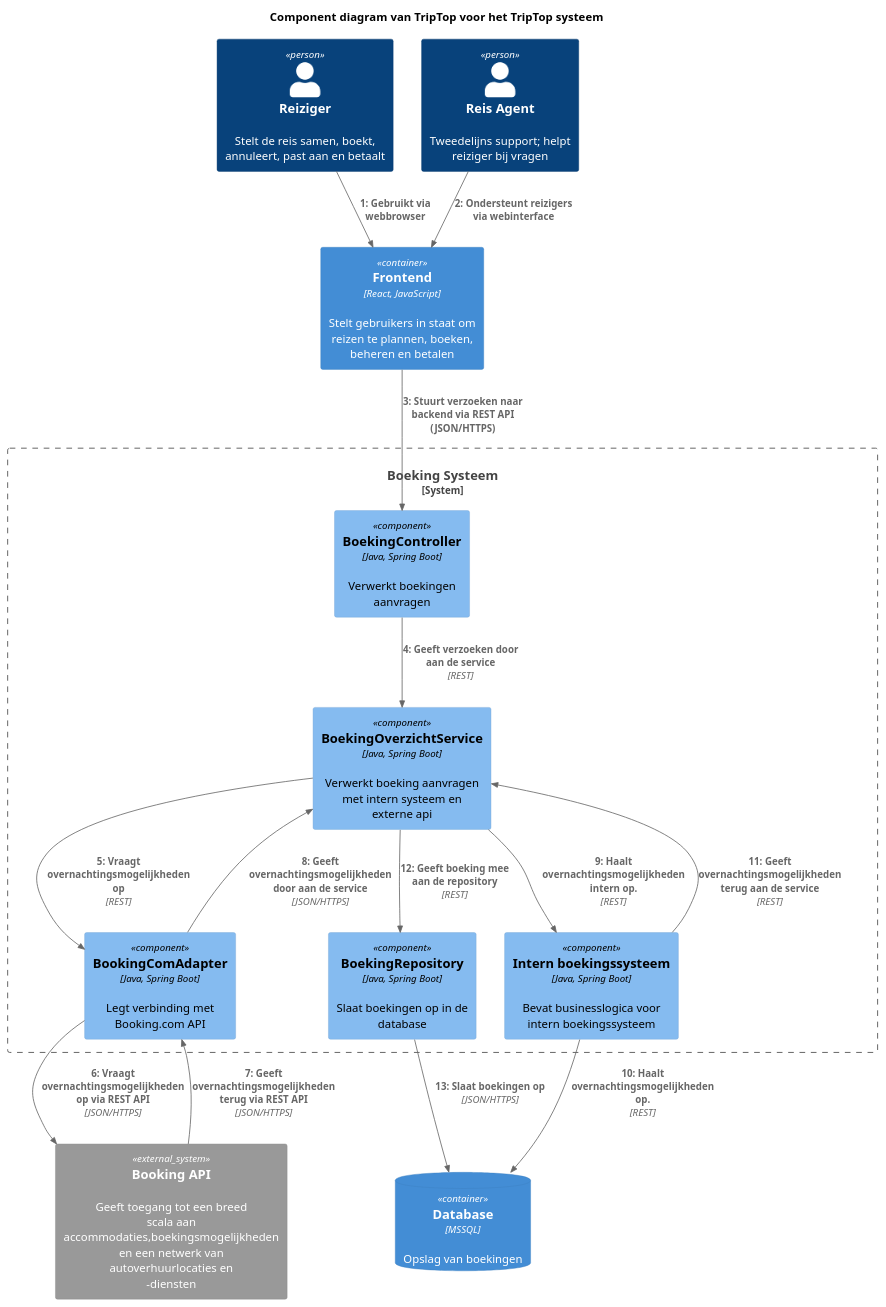
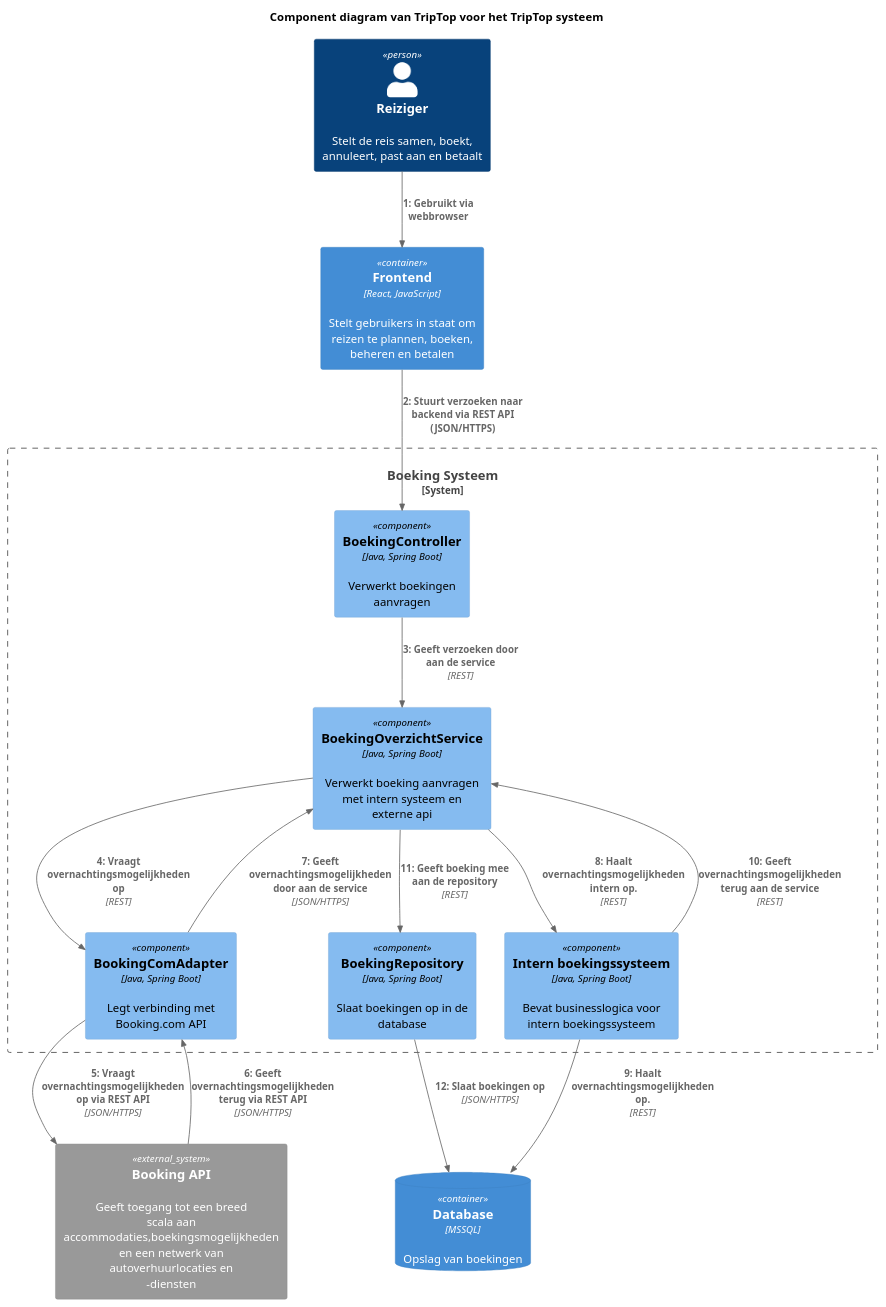
Before and after one commit to AIM-ENE-feb25/triptop-asas: the diagram in software-guidebook/component-code/sybren/dynamic-component-2.puml, drawn with PlantUML. The commit also changed 4 other files, not shown here.

Commit message:
Added personal diagrams to software guidebook

```diff
--- a/software-guidebook/component-code/sybren/dynamic-component-2.puml
+++ b/software-guidebook/component-code/sybren/dynamic-component-2.puml
@@ -1,40 +1,38 @@
 @startuml
 !include https://raw.githubusercontent.com/plantuml-stdlib/C4-PlantUML/master/C4_Dynamic.puml
 
 title Component diagram van TripTop voor het TripTop systeem
 
 Person(reiziger, "Reiziger", "Stelt de reis samen, boekt, annuleert, past aan en betaalt")
-Person(ondersteuner, "Reis Agent", "Tweedelijns support; helpt reiziger bij vragen")
 
 System_Boundary(triptop, "Boeking Systeem") {
     Component(controller, "BoekingController", "Java, Spring Boot", "Verwerkt boekingen aanvragen")
     Component(boeking_overzicht_service, BoekingOverzichtService, "Java, Spring Boot", "Verwerkt boeking aanvragen met intern systeem en externe api")
     Component(boeking_repository, "BoekingRepository", "Java, Spring Boot", "Slaat boekingen op in de database")
     Component(booking_com_adapter, "BookingComAdapter", "Java, Spring Boot", "Legt verbinding met Booking.com API")
     Component(intern_boeking_systeem, "Intern boekingssysteem", "Java, Spring Boot", "Bevat businesslogica voor intern boekingssysteem")
 }
 
  Container(frontend, "Frontend", "React, JavaScript", "Stelt gebruikers in staat om reizen te plannen, boeken, beheren en betalen")
  ContainerDb(database, "Database", "MSSQL", "Opslag van boekingen")
 
 System_Ext(booking, "Booking API ", "Geeft toegang tot een breed scala aan accommodaties,boekingsmogelijkheden en een netwerk van autoverhuurlocaties en -diensten")
 
 
 ' Relaties gebruiker naar containers
 Rel(reiziger, frontend, "Gebruikt via webbrowser")
-Rel(ondersteuner, frontend, "Ondersteunt reizigers via webinterface")
 
 ' Relaties tussen containers binnen TripTop
 Rel(frontend, controller, "Stuurt verzoeken naar backend via REST API (JSON/HTTPS)")
 Rel(controller, boeking_overzicht_service, "Geeft verzoeken door aan de service", "REST")
 Rel(boeking_overzicht_service, booking_com_adapter, "Vraagt overnachtingsmogelijkheden op", "REST")
 ' Relaties backend naar externe systemen
 Rel_U(booking_com_adapter, booking, "Vraagt overnachtingsmogelijkheden op via REST API", "JSON/HTTPS")
 Rel_U(booking, booking_com_adapter, "Geeft overnachtingsmogelijkheden terug via REST API", "JSON/HTTPS")
 Rel_U(booking_com_adapter, boeking_overzicht_service, "Geeft overnachtingsmogelijkheden door aan de service", "JSON/HTTPS")
 Rel(boeking_overzicht_service, intern_boeking_systeem, "Haalt overnachtingsmogelijkheden intern op.", "REST")
 Rel(intern_boeking_systeem, database, "Haalt overnachtingsmogelijkheden op.", "REST")
 Rel_U(intern_boeking_systeem, boeking_overzicht_service, "Geeft overnachtingsmogelijkheden terug aan de service", "REST")
 Rel(boeking_overzicht_service, boeking_repository, "Geeft boeking mee aan de repository", "REST")
 Rel(boeking_repository, database, "Slaat boekingen op", "JSON/HTTPS")
 @enduml
```
